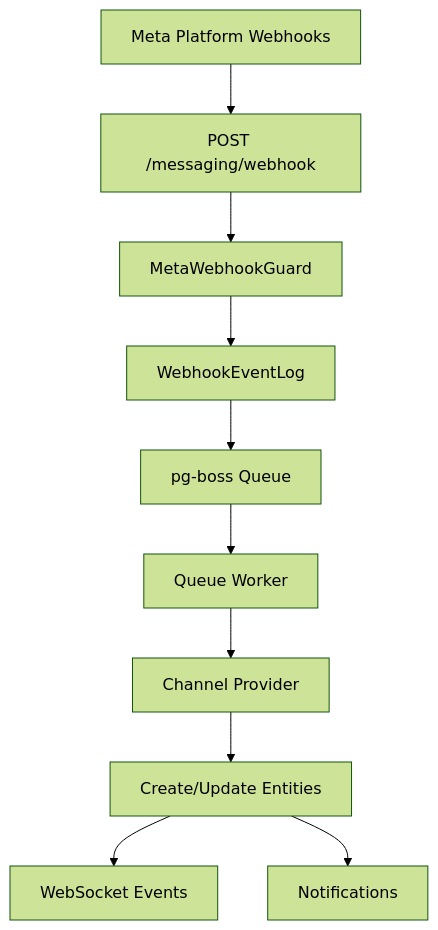
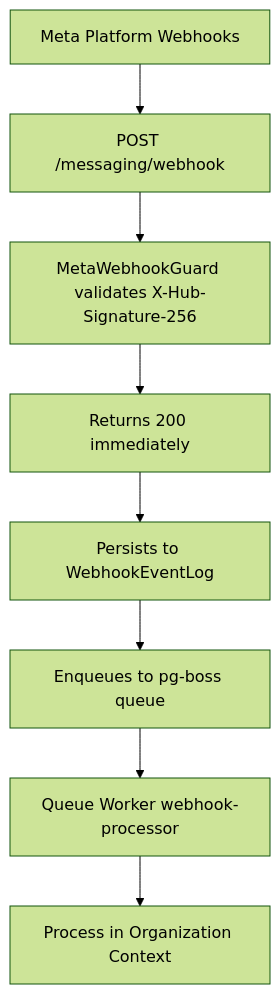
The diagram in backend/messaging/messaging-module-specification.mdx (tech-propwise-org/docs), drawn with Mermaid (forest theme) before and after one commit. The commit also changed other lines of this file and 29 other files, not shown here.

````diff
--- a/backend/messaging/messaging-module-specification.mdx
+++ b/backend/messaging/messaging-module-specification.mdx
@@ -64,12 +51,10 @@
 ```mermaid
 graph TD
     A[Meta Platform Webhooks] --> B[POST /messaging/webhook]
-    B --> C[MetaWebhookGuard]
-    C --> D[WebhookEventLog]
-    D --> E[pg-boss Queue]
-    E --> F[Queue Worker]
-    F --> G[Channel Provider]
-    G --> H[Create/Update Entities]
-    H --> I[WebSocket Events]
-    H --> J[Notifications]
+    B --> C[MetaWebhookGuard validates X-Hub-Signature-256]
+    C --> D[Returns 200 immediately]
+    D --> E[Persists to WebhookEventLog]
+    E --> F[Enqueues to pg-boss queue]
+    F --> G[Queue Worker webhook-processor]
+    G --> H[Process in Organization Context]
 ```
````
